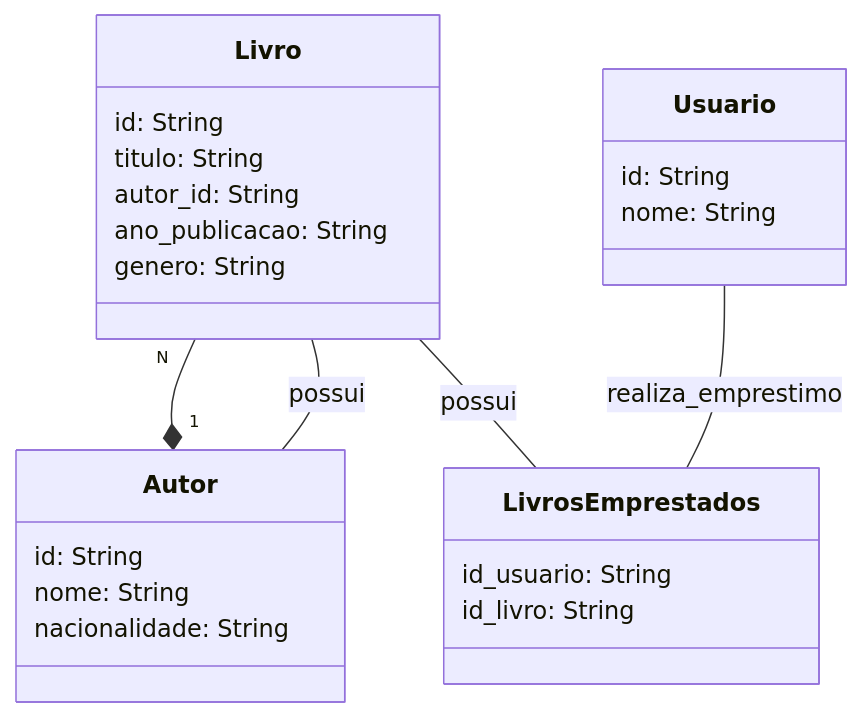
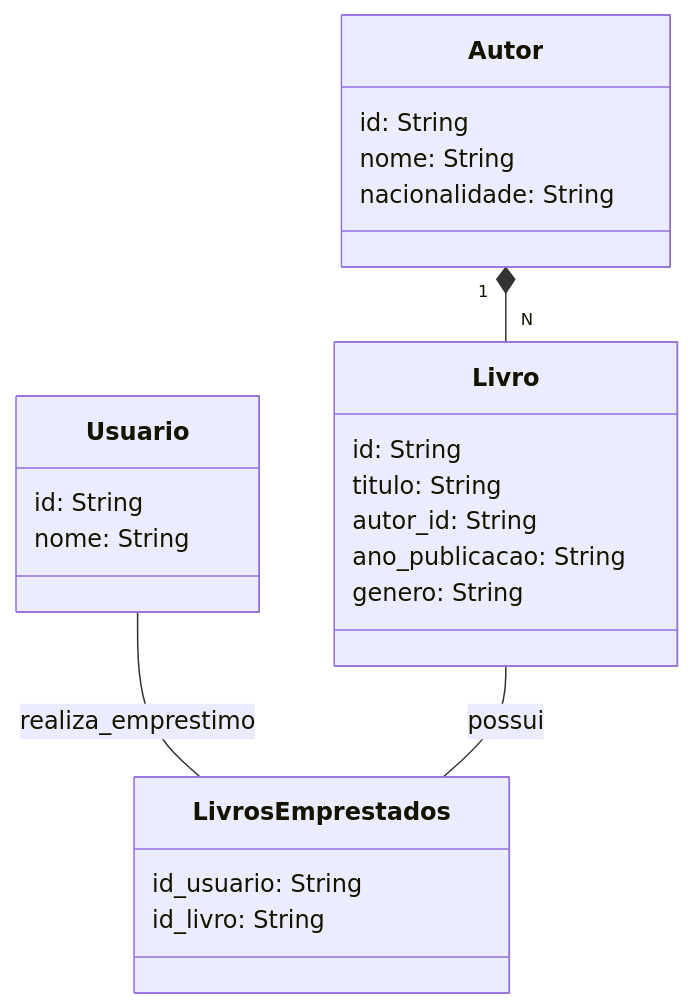
The diagram in santander-dev-week-2023/README.MD (rafael2051/Controle-de-Fluxo---Desafio), drawn with Mermaid before and after one commit.

````diff
--- a/santander-dev-week-2023/README.MD
+++ b/santander-dev-week-2023/README.MD
@@ -6,33 +6,32 @@
 ```mermaid
 classDiagram
     class Livro {
         id: String
         titulo: String
         autor_id: String
         ano_publicacao: String
         genero: String
     }
 
     class Autor {
         id: String
         nome: String
         nacionalidade: String
     }
 
     class Usuario {
         id: String
         nome: String
     }
 
     class LivrosEmprestados {
         id_usuario: String
         id_livro: String
     }
 
     Autor "1" *-- "N" Livro
-    Livro  --  Autor  :  possui
     Usuario -- LivrosEmprestados : realiza_emprestimo
     Livro -- LivrosEmprestados : possui
     
 
 ```
````
